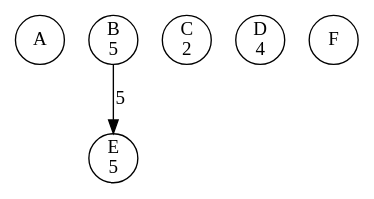
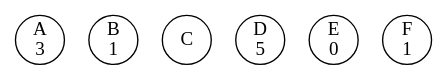
Before and after one commit to li23179/GO: the diagram in concurrency-lab-2/bank/out/0000000004.gv, drawn with Graphviz. The commit also changed 110 other files, not shown here.

```diff
--- a/concurrency-lab-2/bank/out/0000000004.gv
+++ b/concurrency-lab-2/bank/out/0000000004.gv
@@ -1,9 +1,8 @@
 digraph bank {
-	 0 [label= "A\n" , pos= "1,0!" , shape=circle, fixedsize=true, width=0.5 ]
-	 1 [label= "B\n5" , pos= "0,1!" , shape=circle, fixedsize=true, width=0.5 ]
-	 2 [label= "C\n2" , pos= "1,2!" , shape=circle, fixedsize=true, width=0.5 ]
-	 3 [label= "D\n4" , pos= "2,2!" , shape=circle, fixedsize=true, width=0.5 ]
-	 4 [label= "E\n5" , pos= "3,1!" , shape=circle, fixedsize=true, width=0.5 ]
-	 5 [label= "F\n" , pos= "2,0!" , shape=circle, fixedsize=true, width=0.5 ]
-	 "1" -> "4" [label= "5" ]
+	 0 [label= "A\n3" , pos= "1,0!" , shape=circle, fixedsize=true, width=0.5 ]
+	 1 [label= "B\n1" , pos= "0,1!" , shape=circle, fixedsize=true, width=0.5 ]
+	 2 [label= "C\n" , pos= "1,2!" , shape=circle, fixedsize=true, width=0.5 ]
+	 3 [label= "D\n5" , pos= "2,2!" , shape=circle, fixedsize=true, width=0.5 ]
+	 4 [label= "E\n0" , pos= "3,1!" , shape=circle, fixedsize=true, width=0.5 ]
+	 5 [label= "F\n1" , pos= "2,0!" , shape=circle, fixedsize=true, width=0.5 ]
 }
```
